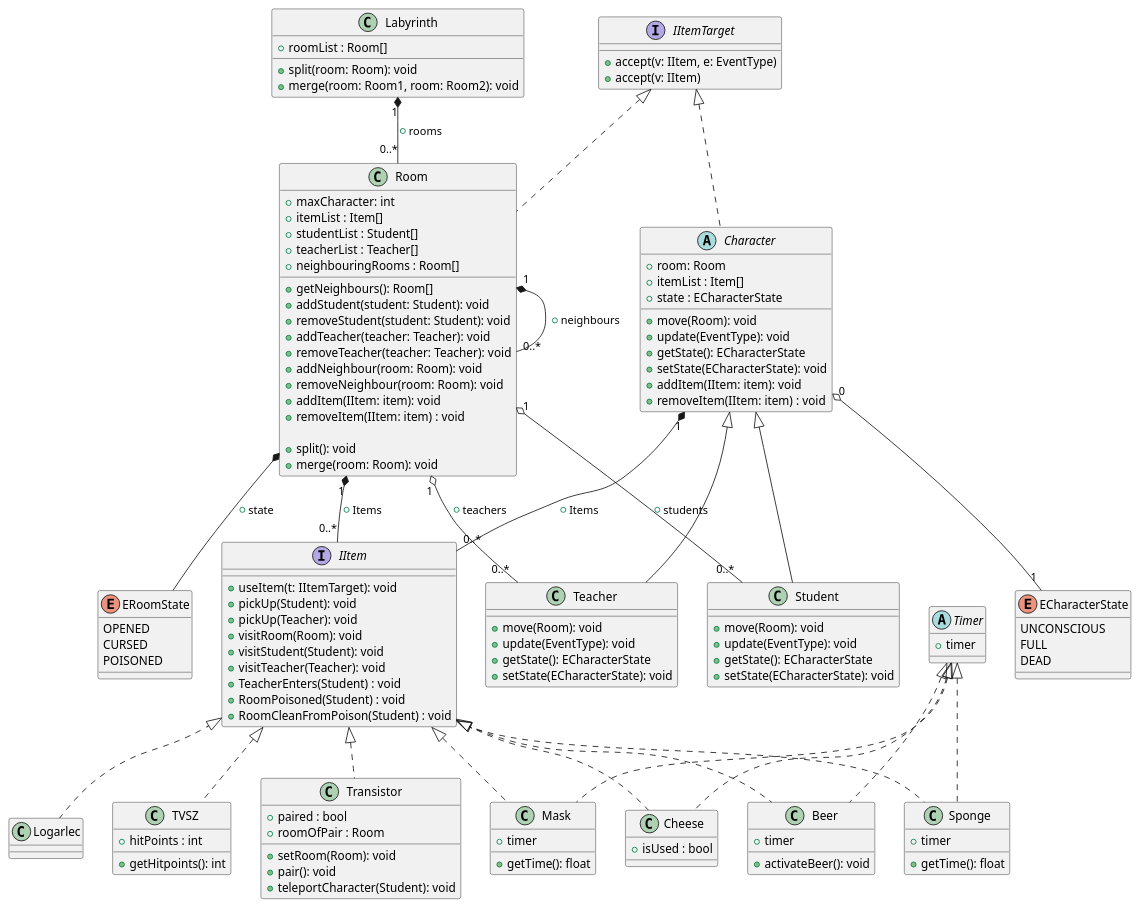
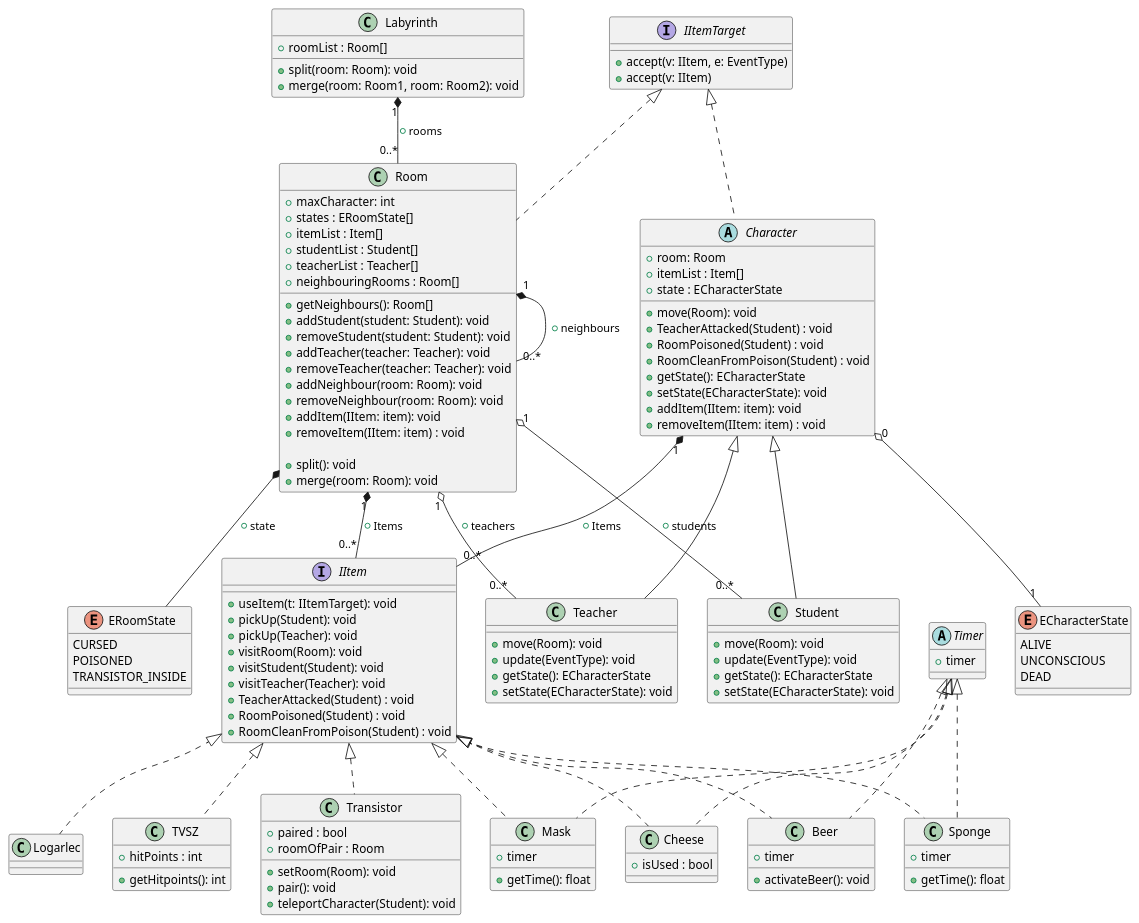
Before and after one commit to MBakter/echo: the diagram in Class_UML.plantuml, drawn with PlantUML. The commit also changed 2 other files, not shown here.

Commit message:
Updated classUML and character_states

```diff
--- a/Class_UML.plantuml
+++ b/Class_UML.plantuml
@@ -1,148 +1,151 @@
 @startuml UML
 
 class Labyrinth {
     +roomList : Room[]
 
     +split(room: Room): void
     +merge(room: Room1, room: Room2): void
 }
 
 /' Removed implementing IItemHolder '/
-class Room implements IItemTarget{
+class Room implements IItemTarget {
     + maxCharacter: int
+    + states : ERoomState[]
     + itemList : Item[]
     + studentList : Student[]
     + teacherList : Teacher[]
     + neighbouringRooms : Room[]
 
     + getNeighbours(): Room[]
     + addStudent(student: Student): void
     + removeStudent(student: Student): void
     + addTeacher(teacher: Teacher): void
     + removeTeacher(teacher: Teacher): void
     + addNeighbour(room: Room): void
     + removeNeighbour(room: Room): void
     + addItem(IItem: item): void
     + removeItem(IItem: item) : void
 
     + split(): void
     + merge(room: Room): void
 }
 
 enum ECharacterState {
+    ALIVE
     UNCONSCIOUS
-    FULL
     DEAD
 }
 
 /' Removed implementing IItemHolder '/
 abstract class Character implements IItemTarget{
     + room: Room
     +itemList : Item[]
     +state : ECharacterState
 
     + move(Room): void
-    + update(EventType): void
+    + TeacherAttacked(Student) : void
+    + RoomPoisoned(Student) : void
+    + RoomCleanFromPoison(Student) : void
     + getState(): ECharacterState
     + setState(ECharacterState): void
     + addItem(IItem: item): void
     + removeItem(IItem: item) : void
 }
 
 Character "0" o-- "1" ECharacterState
 
 interface IItem {
     + useItem(t: IItemTarget): void
     + pickUp(Student): void
     + pickUp(Teacher): void
     + visitRoom(Room): void
     + visitStudent(Student): void
     + visitTeacher(Teacher): void
-    + TeacherEnters(Student) : void
+    + TeacherAttacked(Student) : void
     + RoomPoisoned(Student) : void
     + RoomCleanFromPoison(Student) : void
 }
 
 interface IItemTarget{
     + accept(v: IItem, e: EventType)
     + accept(v: IItem)
 }
 
 class Teacher extends Character{
     + move(Room): void
     + update(EventType): void
     + getState(): ECharacterState
     + setState(ECharacterState): void
 }
 
 class Student extends Character{
     + move(Room): void
     + update(EventType): void
     + getState(): ECharacterState
     + setState(ECharacterState): void
 }
 
 /' interface IItemHolder {
     + addItemy(Item: Item): void
     + removeItem(Item: Item): void
 } '/
 
 enum ERoomState {
-    OPENED
     CURSED
     POISONED
+    TRANSISTOR_INSIDE
 }
 
 abstract class Timer {
     + timer
 }
 
 class TVSZ implements IItem {
     +hitPoints : int
 
     + getHitpoints(): int
 }
 
 class Beer implements IItem, Timer {
     + timer
 
     + activateBeer(): void
 }
 
 class Transistor implements IItem  {
     + paired : bool
     + roomOfPair : Room
 
     + setRoom(Room): void
     + pair(): void
     + teleportCharacter(Student): void
 }
 
 class Mask implements IItem, Timer  {
     + timer
 
     + getTime(): float
 }
 
 class Sponge  implements IItem, Timer  {
     + timer
 
     + getTime(): float
 }
 
 class Cheese  implements IItem, Timer {
     + isUsed : bool
 }
 
 class Logarlec  implements IItem  {
 }
 
 Room "1" o-- "0..*" Student: + students
 Room "1" o-- "0..*" Teacher: + teachers
 Room "1" *-- "0..*" Room: + neighbours
 Character "1" *-- "0..*" IItem: + Items
 Room "1" *-- "0..*" IItem: + Items
 Room *-- ERoomState: + state
 Labyrinth "1" *-- "0..*" Room: + rooms
 
 @enduml
```
